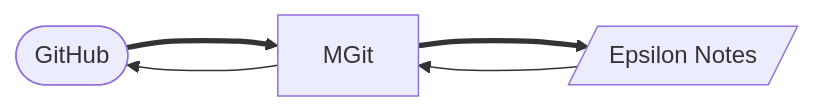
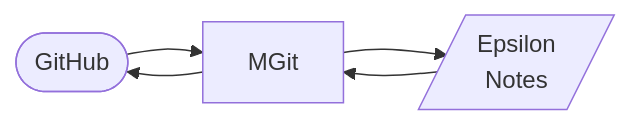
Before and after one commit to dudung/kuno: the diagram in README.md, drawn with Mermaid.

````diff
--- a/README.md
+++ b/README.md
@@ -12,7 +12,7 @@
   ```mermaid
   graph LR
   A([GitHub]);
   B[MGit];
-  C[/Epsilon Notes/];
-  A ===> B ===> C ---> B ---> A
+  C[/Epsilon<br>Notes/];
+  A --> B --> C --> B --> A
   ```
````
